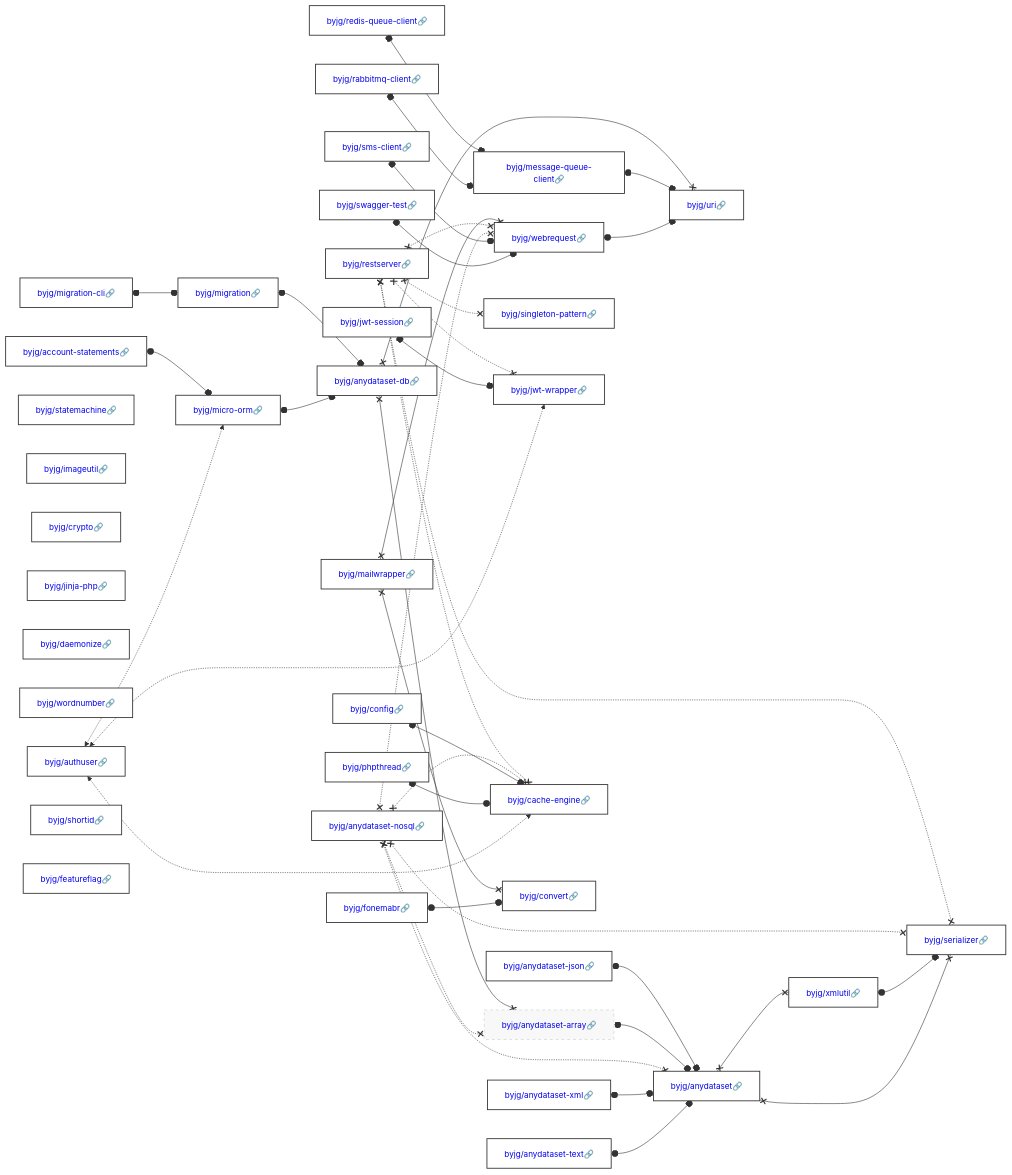
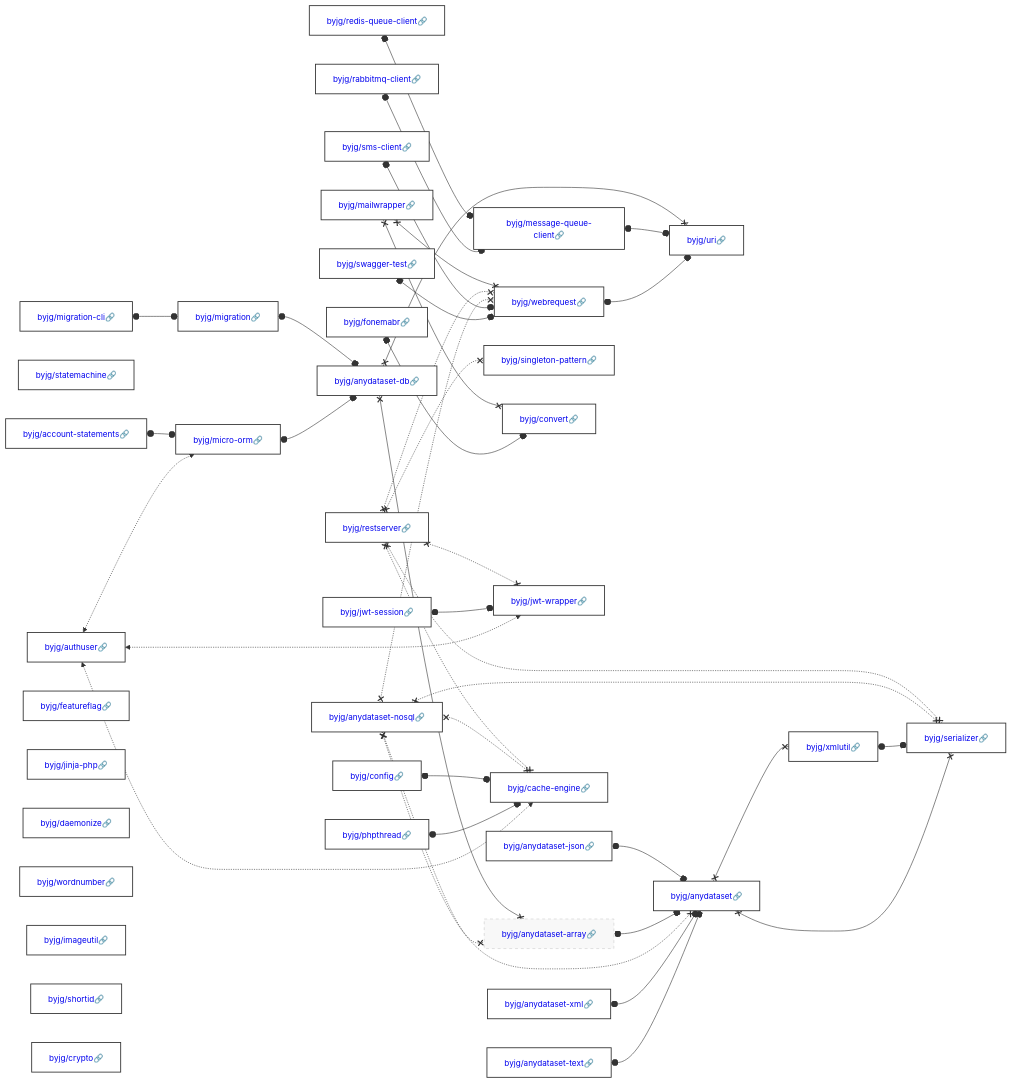
The diagram in docs/php/README.md (byjg/byjg.github.io), drawn with Mermaid before and after one commit. The commit also changed other lines of this file, not shown here.

Commit message:
Update documentation 'php' 'php-mailwrapper'

````diff
--- a/docs/php/README.md
+++ b/docs/php/README.md
@@ -3,38 +3,38 @@
 ```mermaid
 graph LR;
-  byjg/account-statements[<a href='https://opensource.byjg.com/docs/php/account-statements' style='text-decoration:none'>byjg/account-statements🔗</a>];
-  byjg/jwt-session[<a href='https://opensource.byjg.com/docs/php/jwt-session' style='text-decoration:none'>byjg/jwt-session🔗</a>];
-  byjg/sms-client[<a href='https://opensource.byjg.com/docs/php/sms-client' style='text-decoration:none'>byjg/sms-client🔗</a>];
-  byjg/authuser[<a href='https://opensource.byjg.com/docs/php/authuser' style='text-decoration:none'>byjg/authuser🔗</a>];
-  byjg/rabbitmq-client[<a href='https://opensource.byjg.com/docs/php/rabbitmq-client' style='text-decoration:none'>byjg/rabbitmq-client🔗</a>];
+  byjg/anydataset-xml[<a href='https://opensource.byjg.com/docs/php/anydataset-xml' style='text-decoration:none'>byjg/anydataset-xml🔗</a>];
+  byjg/anydataset-nosql[<a href='https://opensource.byjg.com/docs/php/anydataset-nosql' style='text-decoration:none'>byjg/anydataset-nosql🔗</a>];
+  byjg/restserver[<a href='https://opensource.byjg.com/docs/php/restserver' style='text-decoration:none'>byjg/restserver🔗</a>];
+  byjg/migration-cli[<a href='https://opensource.byjg.com/docs/php/migration-cli' style='text-decoration:none'>byjg/migration-cli🔗</a>];
   byjg/fonemabr[<a href='https://opensource.byjg.com/docs/php/fonemabr' style='text-decoration:none'>byjg/fonemabr🔗</a>];
   byjg/statemachine[<a href='https://opensource.byjg.com/docs/php/statemachine' style='text-decoration:none'>byjg/statemachine🔗</a>];
-  byjg/config[<a href='https://opensource.byjg.com/docs/php/config' style='text-decoration:none'>byjg/config🔗</a>];
-  byjg/anydataset-xml[<a href='https://opensource.byjg.com/docs/php/anydataset-xml' style='text-decoration:none'>byjg/anydataset-xml🔗</a>];
-  byjg/imageutil[<a href='https://opensource.byjg.com/docs/php/imageutil' style='text-decoration:none'>byjg/imageutil🔗</a>];
-  byjg/crypto[<a href='https://opensource.byjg.com/docs/php/crypto' style='text-decoration:none'>byjg/crypto🔗</a>];
-  byjg/anydataset-text[<a href='https://opensource.byjg.com/docs/php/anydataset-text' style='text-decoration:none'>byjg/anydataset-text🔗</a>];
-  byjg/phpthread[<a href='https://opensource.byjg.com/docs/php/phpthread' style='text-decoration:none'>byjg/phpthread🔗</a>];
-  byjg/jinja-php[<a href='https://opensource.byjg.com/docs/php/jinja-php' style='text-decoration:none'>byjg/jinja-php🔗</a>];
-  byjg/daemonize[<a href='https://opensource.byjg.com/docs/php/daemonize' style='text-decoration:none'>byjg/daemonize🔗</a>];
-  byjg/restserver[<a href='https://opensource.byjg.com/docs/php/restserver' style='text-decoration:none'>byjg/restserver🔗</a>];
+  byjg/account-statements[<a href='https://opensource.byjg.com/docs/php/account-statements' style='text-decoration:none'>byjg/account-statements🔗</a>];
+  byjg/authuser[<a href='https://opensource.byjg.com/docs/php/authuser' style='text-decoration:none'>byjg/authuser🔗</a>];
   byjg/redis-queue-client[<a href='https://opensource.byjg.com/docs/php/redis-queue-client' style='text-decoration:none'>byjg/redis-queue-client🔗</a>];
   byjg/swagger-test[<a href='https://opensource.byjg.com/docs/php/swagger-test' style='text-decoration:none'>byjg/swagger-test🔗</a>];
+  byjg/mailwrapper[<a href='https://opensource.byjg.com/docs/php/mailwrapper' style='text-decoration:none'>byjg/mailwrapper🔗</a>];
+  byjg/jwt-session[<a href='https://opensource.byjg.com/docs/php/jwt-session' style='text-decoration:none'>byjg/jwt-session🔗</a>];
+  byjg/featureflag[<a href='https://opensource.byjg.com/docs/php/featureflag' style='text-decoration:none'>byjg/featureflag🔗</a>];
+  byjg/sms-client[<a href='https://opensource.byjg.com/docs/php/sms-client' style='text-decoration:none'>byjg/sms-client🔗</a>];
+  byjg/jinja-php[<a href='https://opensource.byjg.com/docs/php/jinja-php' style='text-decoration:none'>byjg/jinja-php🔗</a>];
+  byjg/phpthread[<a href='https://opensource.byjg.com/docs/php/phpthread' style='text-decoration:none'>byjg/phpthread🔗</a>];
+  byjg/rabbitmq-client[<a href='https://opensource.byjg.com/docs/php/rabbitmq-client' style='text-decoration:none'>byjg/rabbitmq-client🔗</a>];
+  byjg/anydataset-text[<a href='https://opensource.byjg.com/docs/php/anydataset-text' style='text-decoration:none'>byjg/anydataset-text🔗</a>];
+  byjg/daemonize[<a href='https://opensource.byjg.com/docs/php/daemonize' style='text-decoration:none'>byjg/daemonize🔗</a>];
+  byjg/wordnumber[<a href='https://opensource.byjg.com/docs/php/wordnumber' style='text-decoration:none'>byjg/wordnumber🔗</a>];
+  byjg/config[<a href='https://opensource.byjg.com/docs/php/config' style='text-decoration:none'>byjg/config🔗</a>];
   byjg/anydataset-json[<a href='https://opensource.byjg.com/docs/php/anydataset-json' style='text-decoration:none'>byjg/anydataset-json🔗</a>];
-  byjg/wordnumber[<a href='https://opensource.byjg.com/docs/php/wordnumber' style='text-decoration:none'>byjg/wordnumber🔗</a>];
-  byjg/anydataset-nosql[<a href='https://opensource.byjg.com/docs/php/anydataset-nosql' style='text-decoration:none'>byjg/anydataset-nosql🔗</a>];
-  byjg/mailwrapper[<a href='https://opensource.byjg.com/docs/php/mailwrapper' style='text-decoration:none'>byjg/mailwrapper🔗</a>];
-  byjg/migration-cli[<a href='https://opensource.byjg.com/docs/php/migration-cli' style='text-decoration:none'>byjg/migration-cli🔗</a>];
+  byjg/imageutil[<a href='https://opensource.byjg.com/docs/php/imageutil' style='text-decoration:none'>byjg/imageutil🔗</a>];
   byjg/shortid[<a href='https://opensource.byjg.com/docs/php/shortid' style='text-decoration:none'>byjg/shortid🔗</a>];
-  byjg/featureflag[<a href='https://opensource.byjg.com/docs/php/featureflag' style='text-decoration:none'>byjg/featureflag🔗</a>];
+  byjg/crypto[<a href='https://opensource.byjg.com/docs/php/crypto' style='text-decoration:none'>byjg/crypto🔗</a>];
+  byjg/singleton-pattern[<a href='https://opensource.byjg.com/docs/php/singleton-pattern' style='text-decoration:none'>byjg/singleton-pattern🔗</a>];
+  byjg/migration[<a href='https://opensource.byjg.com/docs/php/migration' style='text-decoration:none'>byjg/migration🔗</a>];
   byjg/micro-orm[<a href='https://opensource.byjg.com/docs/php/micro-orm' style='text-decoration:none'>byjg/micro-orm🔗</a>];
-  byjg/singleton-pattern[<a href='https://opensource.byjg.com/docs/php/singleton-pattern' style='text-decoration:none'>byjg/singleton-pattern🔗</a>];
+  byjg/convert[<a href='https://opensource.byjg.com/docs/php/convert' style='text-decoration:none'>byjg/convert🔗</a>];
   byjg/jwt-wrapper[<a href='https://opensource.byjg.com/docs/php/jwt-wrapper' style='text-decoration:none'>byjg/jwt-wrapper🔗</a>];
+  byjg/webrequest[<a href='https://opensource.byjg.com/docs/php/webrequest' style='text-decoration:none'>byjg/webrequest🔗</a>];
   byjg/message-queue-client[<a href='https://opensource.byjg.com/docs/php/message-queue-client' style='text-decoration:none'>byjg/message-queue-client🔗</a>];
   byjg/cache-engine[<a href='https://opensource.byjg.com/docs/php/cache-engine' style='text-decoration:none'>byjg/cache-engine🔗</a>];
-  byjg/convert[<a href='https://opensource.byjg.com/docs/php/convert' style='text-decoration:none'>byjg/convert🔗</a>];
-  byjg/webrequest[<a href='https://opensource.byjg.com/docs/php/webrequest' style='text-decoration:none'>byjg/webrequest🔗</a>];
-  byjg/migration[<a href='https://opensource.byjg.com/docs/php/migration' style='text-decoration:none'>byjg/migration🔗</a>];
   byjg/anydataset-db[<a href='https://opensource.byjg.com/docs/php/anydataset-db' style='text-decoration:none'>byjg/anydataset-db🔗</a>];
   byjg/anydataset-array[<a href='https://opensource.byjg.com/docs/php/anydataset-array' style='text-decoration:none'>byjg/anydataset-array🔗</a>];
   byjg/uri[<a href='https://opensource.byjg.com/docs/php/uri' style='text-decoration:none'>byjg/uri🔗</a>];
````
